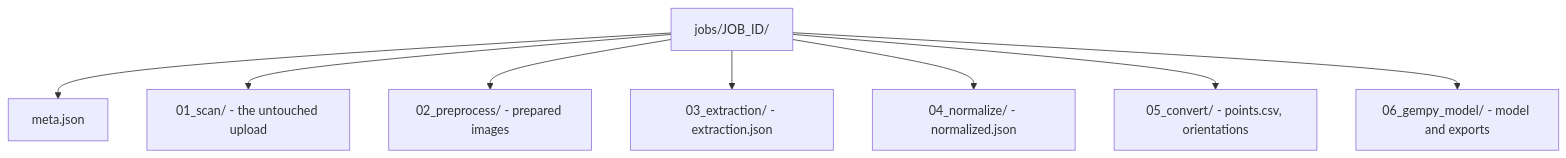
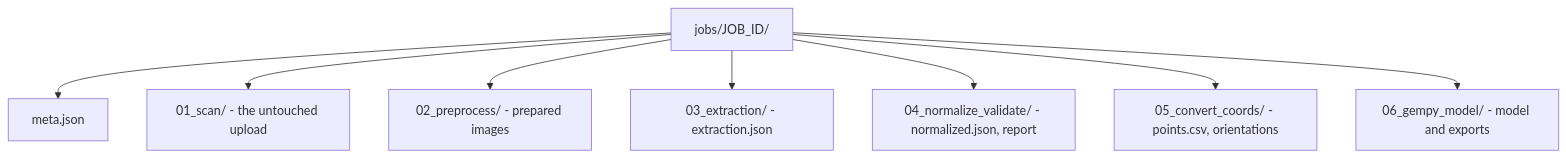
The third of 3 diagrams in README.md (jennarbates/StratigraphyGenerator), drawn with Mermaid before and after one commit. The commit also changed other lines of this file and 16 other files, not shown here.

````diff
--- a/README.md
+++ b/README.md
@@ -239,10 +264,10 @@
 ```mermaid
 flowchart TD
   Job[jobs/JOB_ID/] --> Meta[meta.json]
   Job --> S[01_scan/ - the untouched upload]
   Job --> P[02_preprocess/ - prepared images]
   Job --> E[03_extraction/ - extraction.json]
-  Job --> N[04_normalize/ - normalized.json]
-  Job --> C[05_convert/ - points.csv, orientations]
+  Job --> N[04_normalize_validate/ - normalized.json, report]
+  Job --> C[05_convert_coords/ - points.csv, orientations]
   Job --> G[06_gempy_model/ - model and exports]
 ```
````
